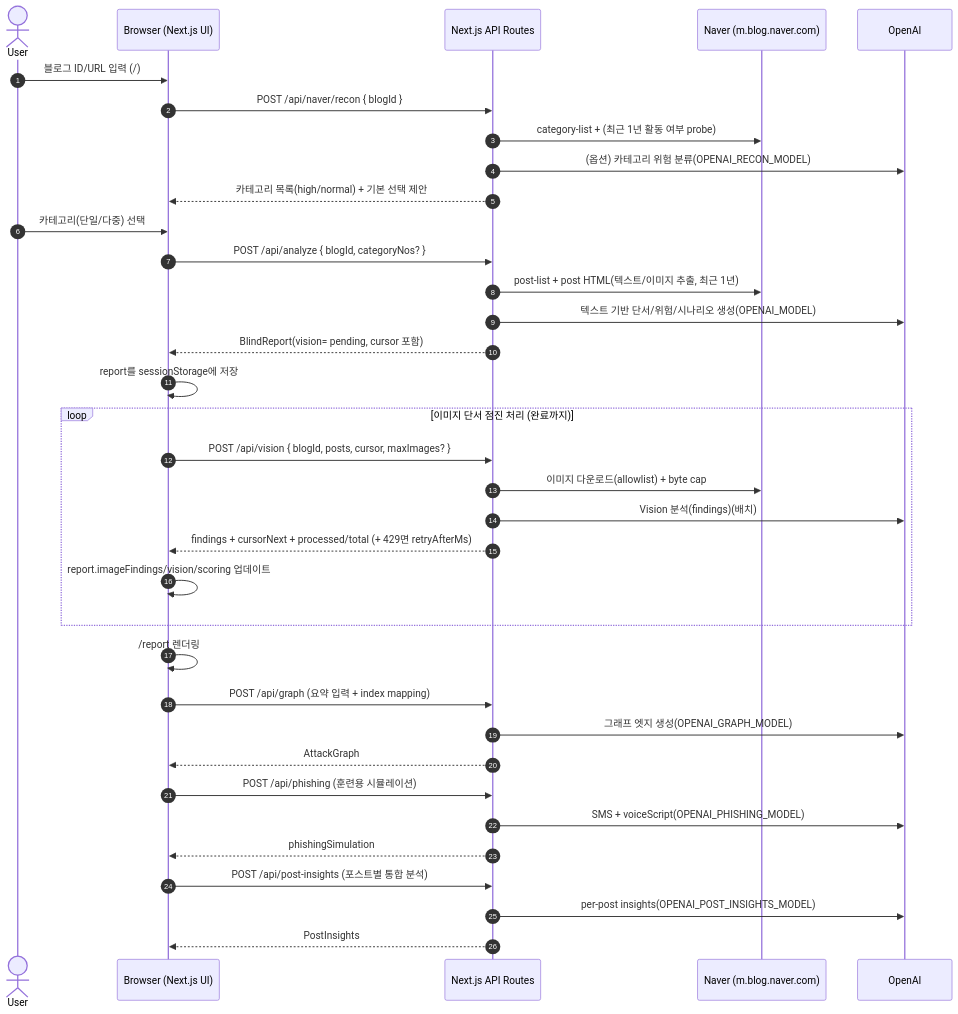
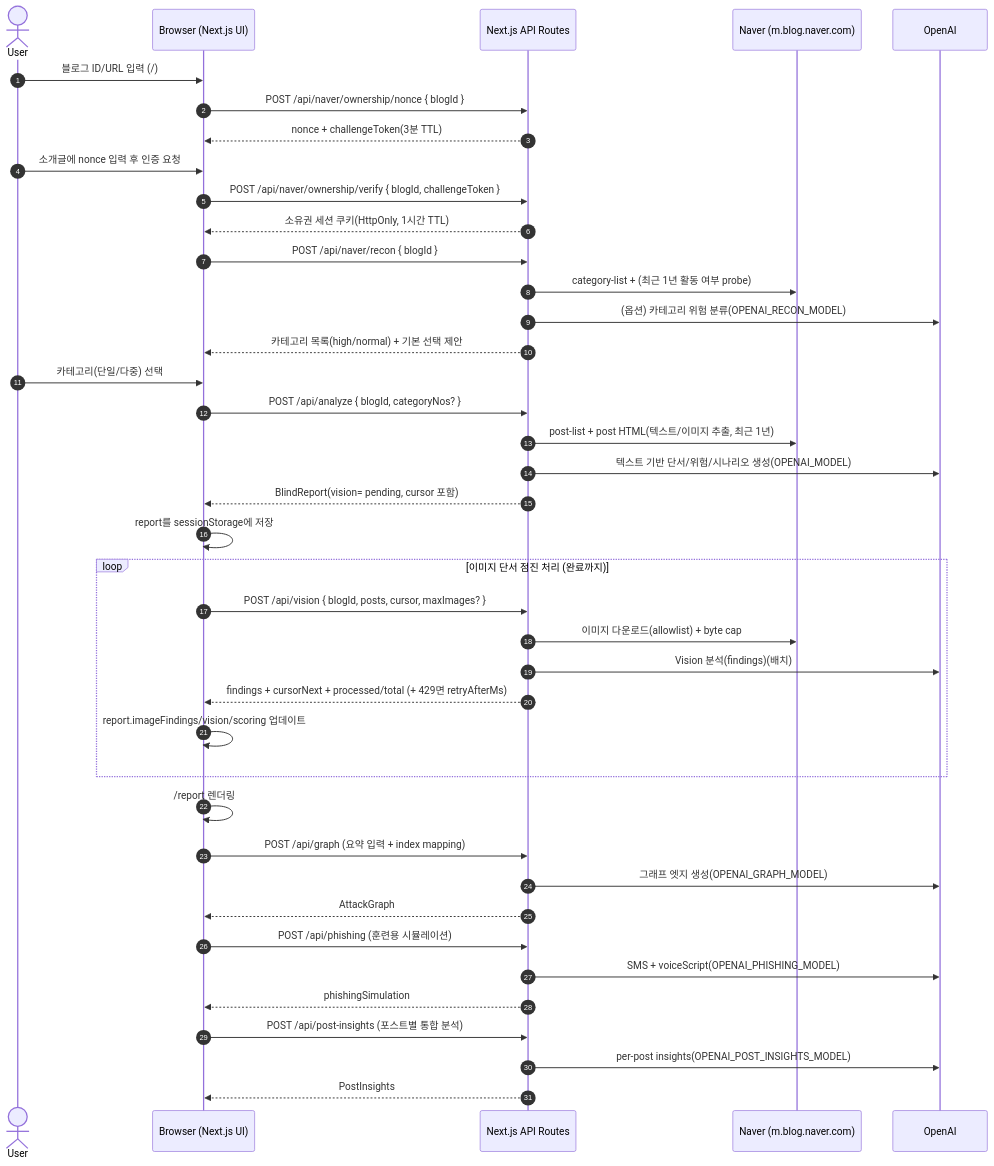
One commit to lux-02/Blind_Challenge changed the first of 2 diagrams in README.md. Above: the diagram before and after it, drawn with Mermaid. The commit also changed other lines of this file and 16 other files, not shown here.

````diff
--- a/README.md
+++ b/README.md
@@ -87,43 +90,48 @@
 ```mermaid
 sequenceDiagram
   autonumber
   actor U as User
   participant B as Browser (Next.js UI)
   participant A as Next.js API Routes
   participant N as Naver (m.blog.naver.com)
   participant O as OpenAI
 
   U->>B: 블로그 ID/URL 입력 (/)
+  B->>A: POST /api/naver/ownership/nonce { blogId }
+  A-->>B: nonce + challengeToken(3분 TTL)
+  U->>B: 소개글에 nonce 입력 후 인증 요청
+  B->>A: POST /api/naver/ownership/verify { blogId, challengeToken }
+  A-->>B: 소유권 세션 쿠키(HttpOnly, 1시간 TTL)
   B->>A: POST /api/naver/recon { blogId }
   A->>N: category-list + (최근 1년 활동 여부 probe)
   A->>O: (옵션) 카테고리 위험 분류(OPENAI_RECON_MODEL)
   A-->>B: 카테고리 목록(high/normal) + 기본 선택 제안
   U->>B: 카테고리(단일/다중) 선택
 
   B->>A: POST /api/analyze { blogId, categoryNos? }
   A->>N: post-list + post HTML(텍스트/이미지 추출, 최근 1년)
   A->>O: 텍스트 기반 단서/위험/시나리오 생성(OPENAI_MODEL)
   A-->>B: BlindReport(vision= pending, cursor 포함)
   B->>B: report를 sessionStorage에 저장
 
   loop 이미지 단서 점진 처리 (완료까지)
     B->>A: POST /api/vision { blogId, posts, cursor, maxImages? }
     A->>N: 이미지 다운로드(allowlist) + byte cap
     A->>O: Vision 분석(findings)(배치)
     A-->>B: findings + cursorNext + processed/total (+ 429면 retryAfterMs)
     B->>B: report.imageFindings/vision/scoring 업데이트
   end
 
   B->>B: /report 렌더링
   B->>A: POST /api/graph (요약 입력 + index mapping)
   A->>O: 그래프 엣지 생성(OPENAI_GRAPH_MODEL)
   A-->>B: AttackGraph
 
   B->>A: POST /api/phishing (훈련용 시뮬레이션)
   A->>O: SMS + voiceScript(OPENAI_PHISHING_MODEL)
   A-->>B: phishingSimulation
 
   B->>A: POST /api/post-insights (포스트별 통합 분석)
   A->>O: per-post insights(OPENAI_POST_INSIGHTS_MODEL)
   A-->>B: PostInsights
 ```
````
